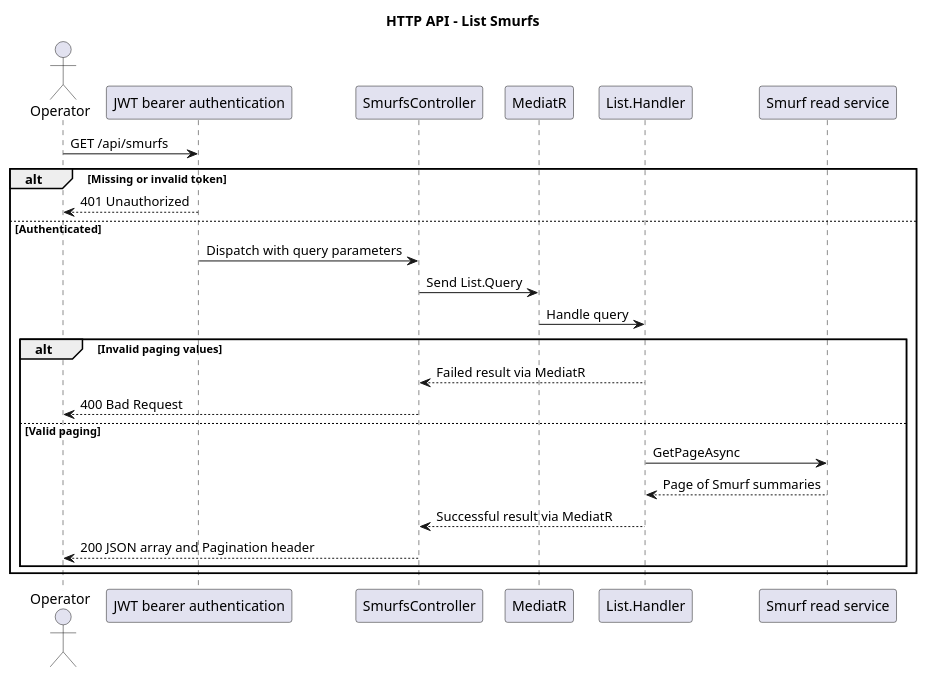
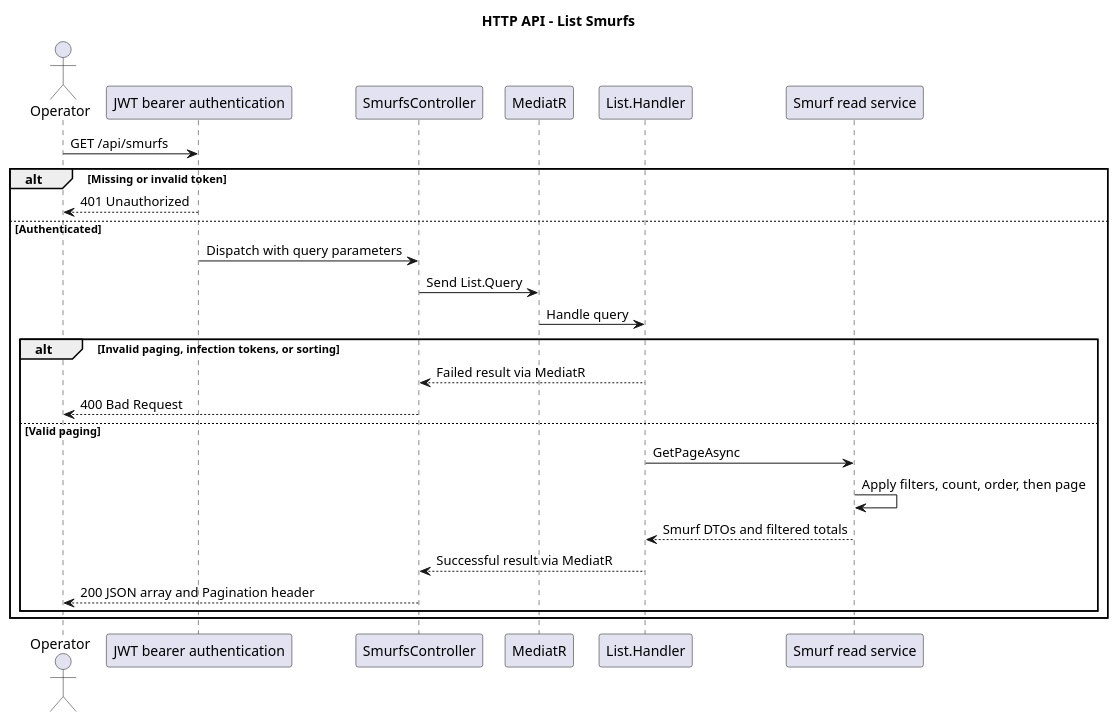
The diagram in docs/behavioral/diagrams/api-list.puml (EbbeMeloSorensen/Smurfs), drawn with PlantUML before and after one commit. The commit also changed 21 other files, not shown here.

Commit message:
Reconcile requirements, diagrams, and test evidence with current Smurf workflows

```diff
--- a/docs/behavioral/diagrams/api-list.puml
+++ b/docs/behavioral/diagrams/api-list.puml
@@ -1,26 +1,27 @@
 @startuml
 title HTTP API - List Smurfs
 actor Operator
 participant "JWT bearer authentication" as Auth
 participant SmurfsController as Controller
 participant MediatR
 participant "List.Handler" as Handler
 participant "Smurf read service" as Reader
 Operator -> Auth : GET /api/smurfs
 alt Missing or invalid token
   Auth --> Operator : 401 Unauthorized
 else Authenticated
   Auth -> Controller : Dispatch with query parameters
   Controller -> MediatR : Send List.Query
   MediatR -> Handler : Handle query
-  alt Invalid paging values
+  alt Invalid paging, infection tokens, or sorting
     Handler --> Controller : Failed result via MediatR
     Controller --> Operator : 400 Bad Request
   else Valid paging
     Handler -> Reader : GetPageAsync
-    Reader --> Handler : Page of Smurf summaries
+    Reader -> Reader : Apply filters, count, order, then page
+    Reader --> Handler : Smurf DTOs and filtered totals
     Handler --> Controller : Successful result via MediatR
     Controller --> Operator : 200 JSON array and Pagination header
   end
 end
 @enduml
```
